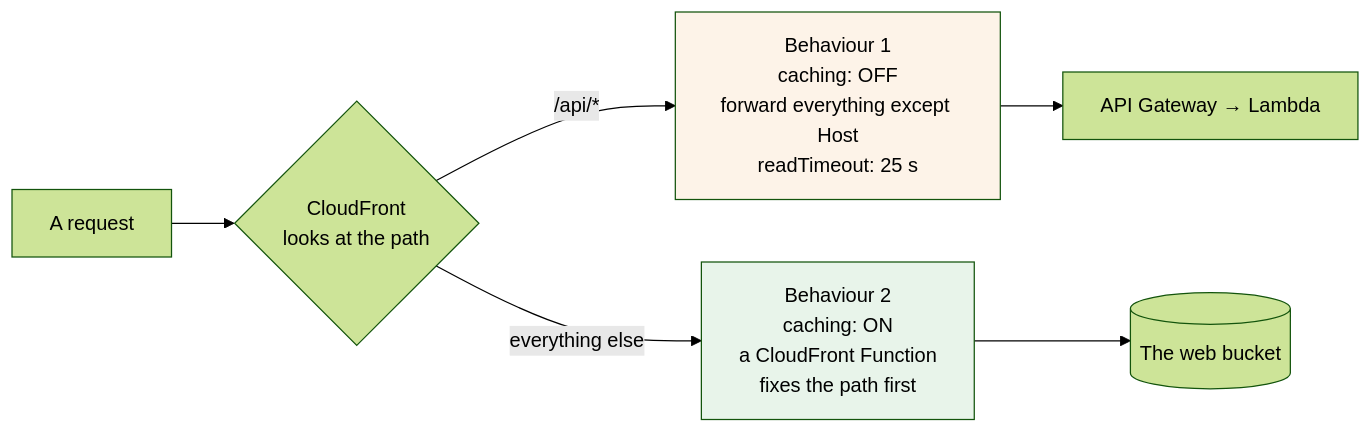
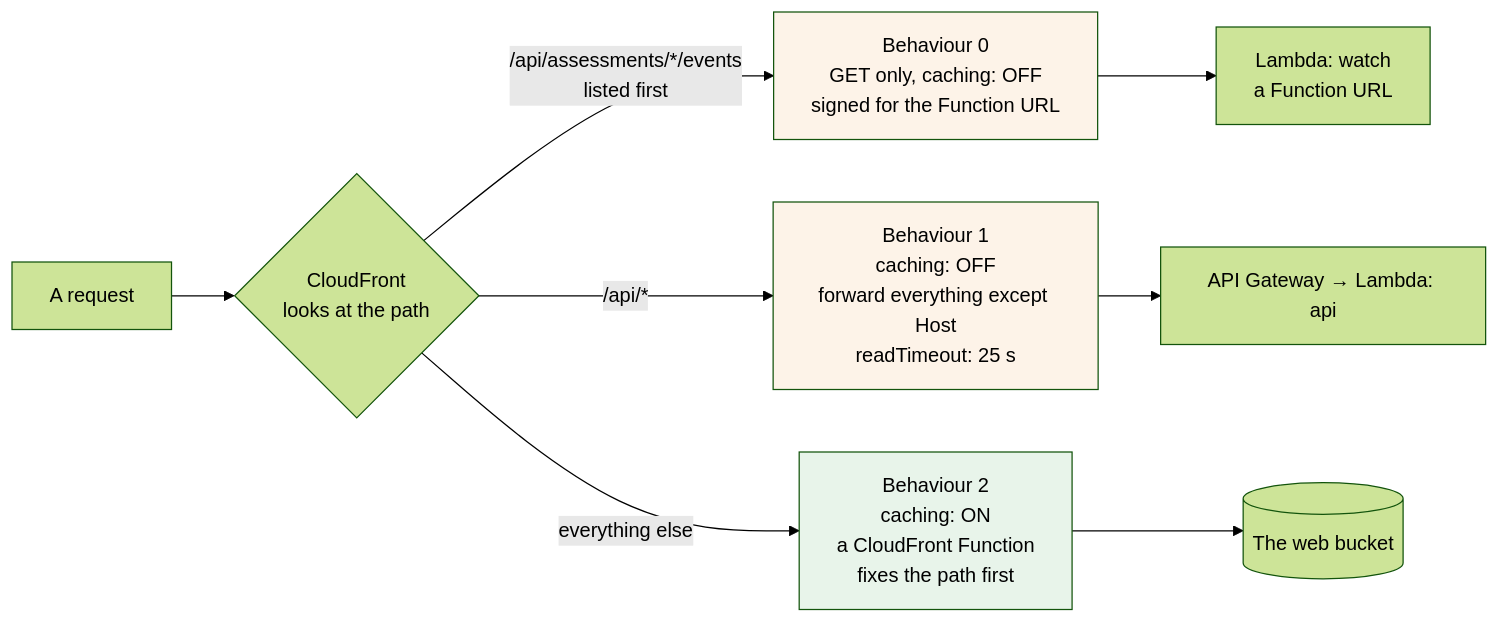
Before and after one commit to poszetkristof/zamphora: the second of 12 diagrams in docs/learn/aws-and-the-pipeline.md, drawn with Mermaid (forest theme). The commit also changed other lines of this file and 52 other files, not shown here.

Commit message:
run 1: sync all docs, architectural decision changes for infra, changes in 900-infra docs

````diff
--- a/docs/learn/aws-and-the-pipeline.md
+++ b/docs/learn/aws-and-the-pipeline.md
@@ -185,11 +223,14 @@
 ```mermaid
 flowchart LR
     R["A request"] --> CF{"CloudFront<br/>looks at the path"}
+    CF -->|"/api/assessments/*/events<br/>listed first"| B0["Behaviour 0<br/>GET only, caching: OFF<br/>signed for the Function URL"]
     CF -->|"/api/*"| B1["Behaviour 1<br/>caching: OFF<br/>forward everything except Host<br/>readTimeout: 25 s"]
     CF -->|"everything else"| B2["Behaviour 2<br/>caching: ON<br/>a CloudFront Function<br/>fixes the path first"]
-    B1 --> GW["API Gateway → Lambda"]
+    B0 --> WA["Lambda: watch<br/>a Function URL"]
+    B1 --> GW["API Gateway → Lambda: api"]
     B2 --> S3[("The web bucket")]
 
+    style B0 fill:#fdf3e8
     style B1 fill:#fdf3e8
     style B2 fill:#e8f4ea
 ```
````
